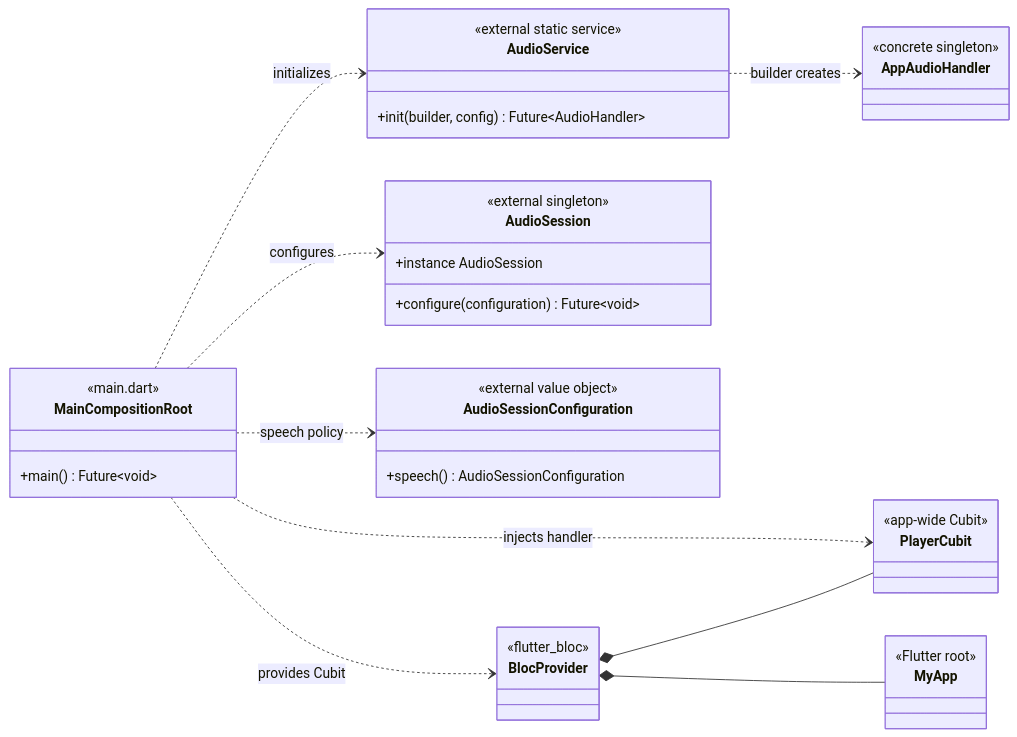
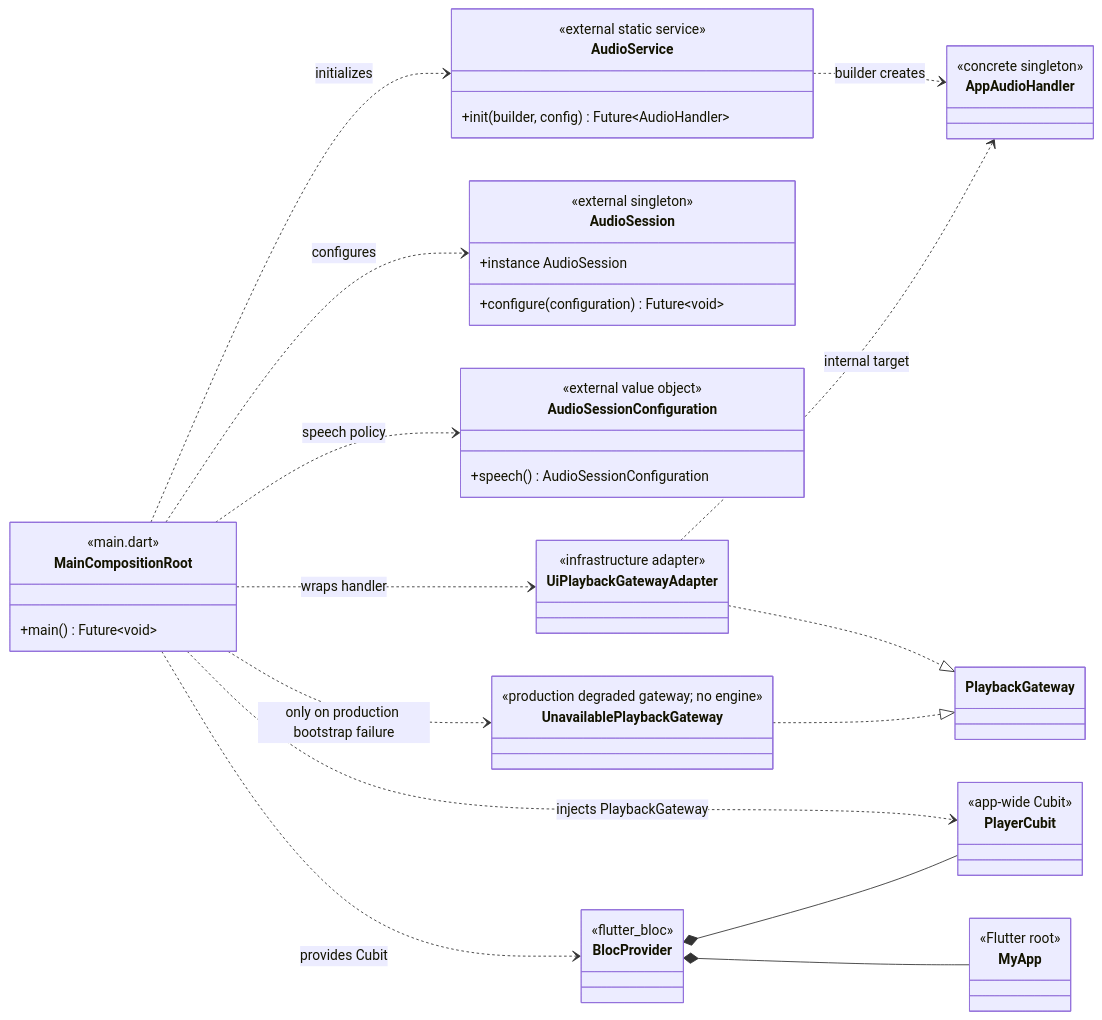
One commit to ViUniverse/ViListen changed the seventh of 10 diagrams in docs/player-class-diagram.md. Above: the diagram before and after it, drawn with Mermaid. The commit also changed other lines of this file and 4 other files, not shown here.

````diff
--- a/docs/player-class-diagram.md
+++ b/docs/player-class-diagram.md
@@ -806,50 +1009,63 @@
 ```mermaid
 classDiagram
 direction LR
 
 class MainCompositionRoot {
   <<main.dart>>
   +main() Future~void~
 }
 
 class AudioService {
   <<external static service>>
   +init(builder, config) Future~AudioHandler~
 }
 
 class AudioSession {
   <<external singleton>>
   +instance AudioSession
   +configure(configuration) Future~void~
 }
 
 class AudioSessionConfiguration {
   <<external value object>>
   +speech() AudioSessionConfiguration
 }
 
 class AppAudioHandler {
   <<concrete singleton>>
 }
 
 class PlayerCubit {
   <<app-wide Cubit>>
 }
 
+class UiPlaybackGatewayAdapter {
+  <<infrastructure adapter>>
+}
+
+class UnavailablePlaybackGateway {
+  <<production degraded gateway; no engine>>
+}
+
 class BlocProvider {
   <<flutter_bloc>>
 }
 
 class MyApp {
   <<Flutter root>>
 }
 
 MainCompositionRoot ..> AudioService : initializes
 MainCompositionRoot ..> AudioSession : configures
 MainCompositionRoot ..> AudioSessionConfiguration : speech policy
 AudioService ..> AppAudioHandler : builder creates
-MainCompositionRoot ..> PlayerCubit : injects handler
+MainCompositionRoot ..> UiPlaybackGatewayAdapter : wraps handler
+UiPlaybackGatewayAdapter ..|> PlaybackGateway
+UiPlaybackGatewayAdapter ..> AppAudioHandler : internal target
+MainCompositionRoot ..> UnavailablePlaybackGateway : only on production bootstrap failure
+UnavailablePlaybackGateway ..|> PlaybackGateway
+MainCompositionRoot ..> PlayerCubit : injects PlaybackGateway
 MainCompositionRoot ..> BlocProvider : provides Cubit
 BlocProvider *-- PlayerCubit
 BlocProvider *-- MyApp
 ```
````
